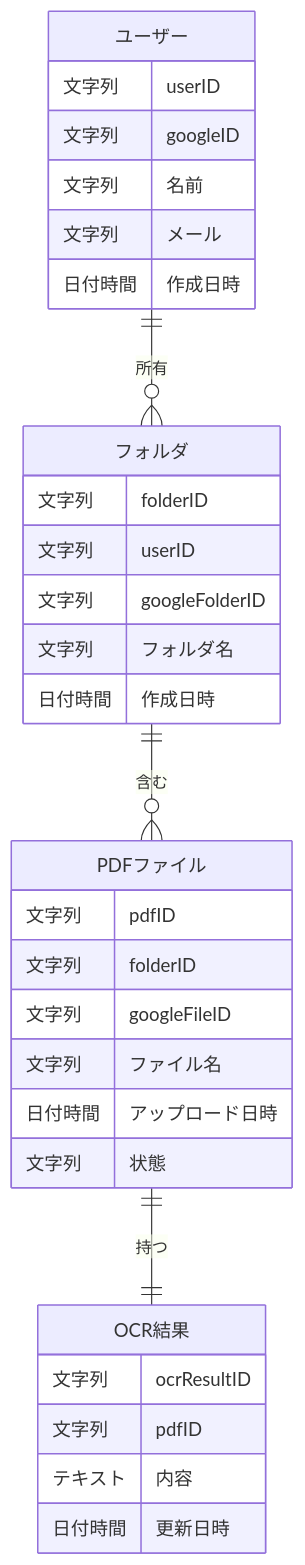
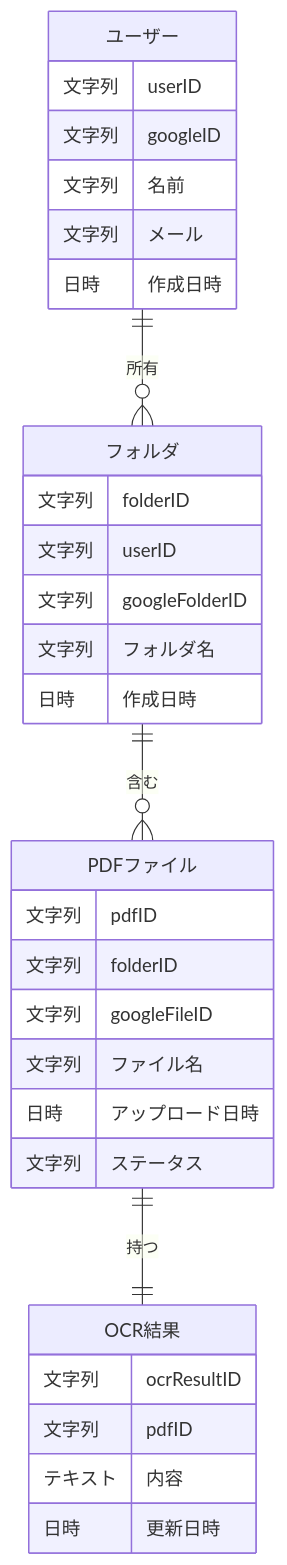
One commit to takumi123/vizmate_poc changed the diagram in docs/ja/Entity-Relationship-Diagram.md. Above: the diagram before and after it, drawn with Mermaid. The commit also changed other lines of this file and 13 other files, not shown here.

````diff
--- a/docs/ja/Entity-Relationship-Diagram.md
+++ b/docs/ja/Entity-Relationship-Diagram.md
@@ -45,38 +44,38 @@
 ```mermaid
 erDiagram
     ユーザー {
         文字列 userID
         文字列 googleID
         文字列 名前
         文字列 メール
-        日付時間 作成日時
+        日時 作成日時
     }
 
     フォルダ {
         文字列 folderID
         文字列 userID
         文字列 googleFolderID
         文字列 フォルダ名
-        日付時間 作成日時
+        日時 作成日時
     }
 
     PDFファイル {
         文字列 pdfID
         文字列 folderID
         文字列 googleFileID
         文字列 ファイル名
-        日付時間 アップロード日時
-        文字列 状態
+        日時 アップロード日時
+        文字列 ステータス
     }
 
     OCR結果 {
         文字列 ocrResultID
         文字列 pdfID
         テキスト 内容
-        日付時間 更新日時
+        日時 更新日時
     }
 
     ユーザー ||--o{ フォルダ : 所有
     フォルダ ||--o{ PDFファイル : 含む
     PDFファイル ||--|| OCR結果 : 持つ
 ```
````
